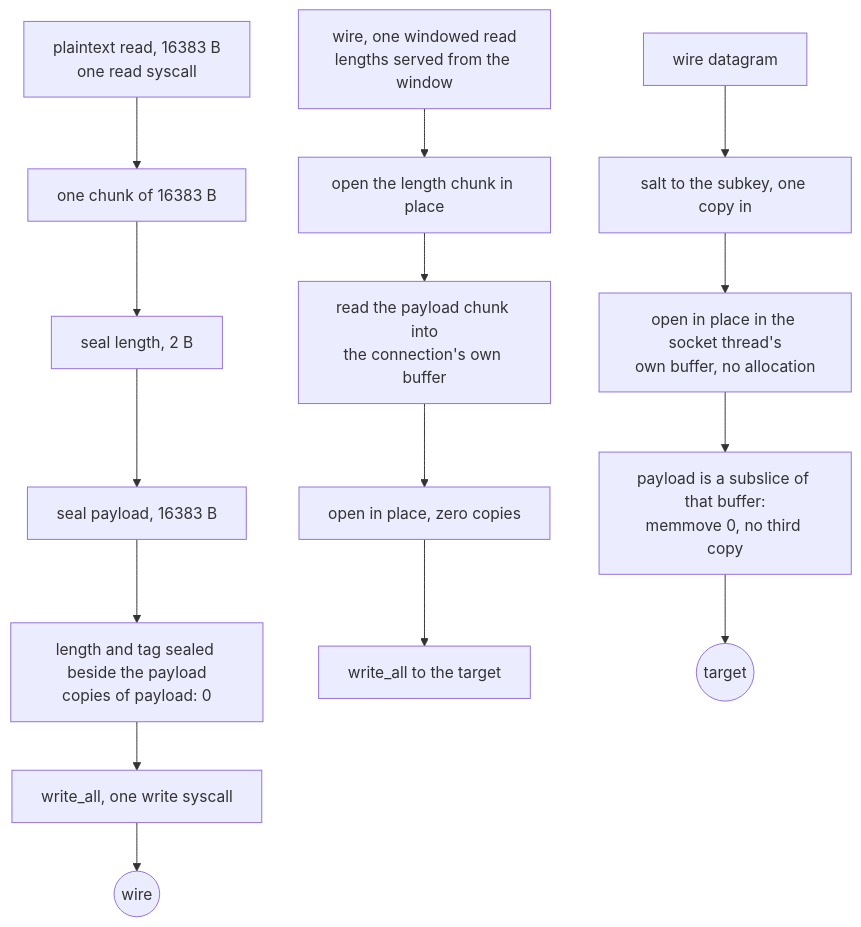
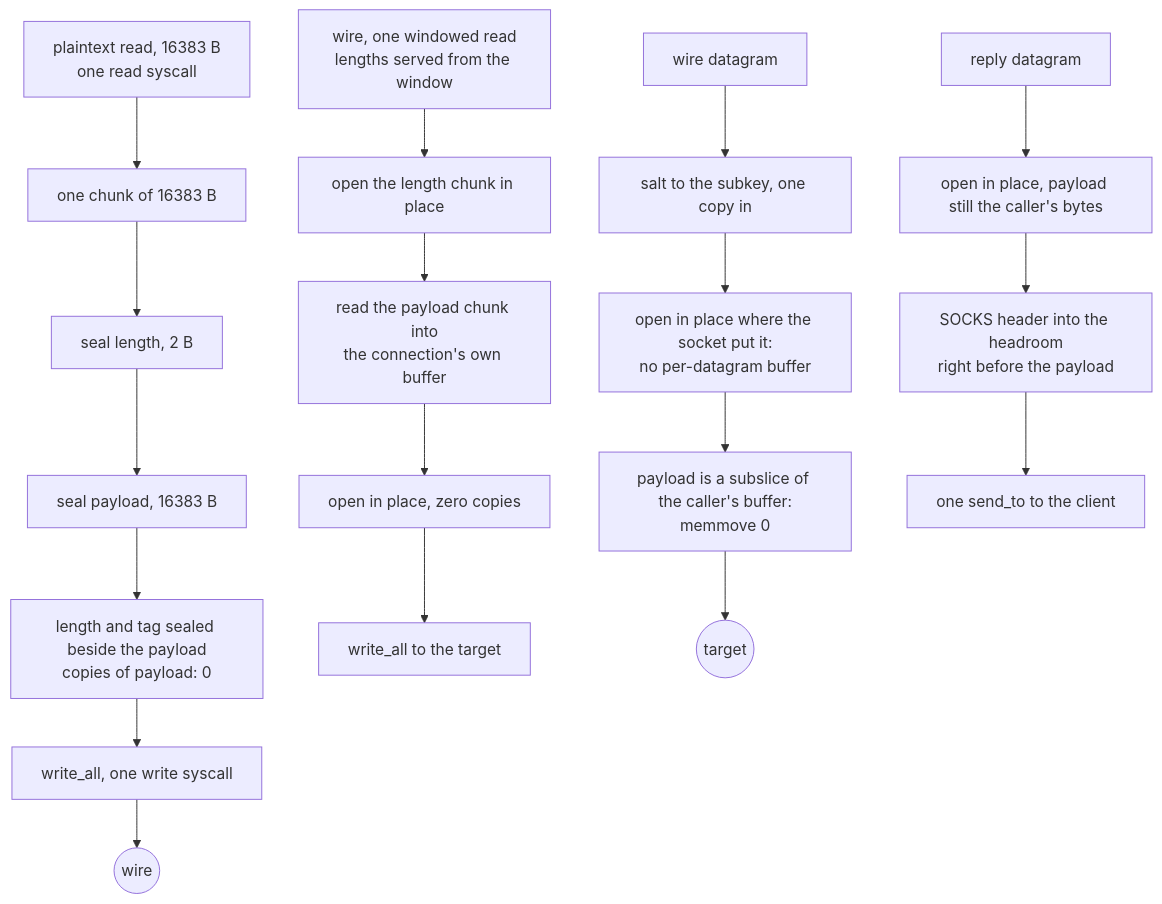
One commit to Ferrocite/ferrox changed the first of 2 diagrams in docs/function/shadowsocks.md. Above: the diagram before and after it, drawn with Mermaid. The commit also changed other lines of this file and 5 other files, not shown here.

Commit message:
shadowsocks: seal and open datagrams in the caller's buffer, so UDP pays one buffer, no memmove and no zero fill (P3 table A row 7)

````diff
--- a/docs/function/shadowsocks.md
+++ b/docs/function/shadowsocks.md
@@ -31,17 +31,20 @@
 ```mermaid
 graph TD
     A["plaintext read, 16383 B<br/>one read syscall"] --> B["one chunk of 16383 B"]
     B --> C1["seal length, 2 B"]
     C1 --> C2["seal payload, 16383 B"]
     C2 --> E["length and tag sealed beside the payload<br/>copies of payload: 0"]
     E --> F["write_all, one write syscall"]
     F --> G(("wire"))
     H["wire, one windowed read<br/>lengths served from the window"] --> I["open the length chunk in place"]
     I --> J["read the payload chunk into<br/>the connection's own buffer"]
     J --> K["open in place, zero copies"]
     K --> L["write_all to the target"]
     M["wire datagram"] --> N["salt to the subkey, one copy in"]
-    N --> O["open in place in the socket thread's<br/>own buffer, no allocation"]
-    O --> P["payload is a subslice of that buffer:<br/>memmove 0, no third copy"]
+    N --> O["open in place where the socket put it:<br/>no per-datagram buffer"]
+    O --> P["payload is a subslice of the caller's buffer:<br/>memmove 0"]
     P --> Q(("target"))
+    R["reply datagram"] --> S["open in place, payload still the caller's bytes"]
+    S --> T["SOCKS header into the headroom<br/>right before the payload"]
+    T --> U["one send_to to the client"]
 ```
````
